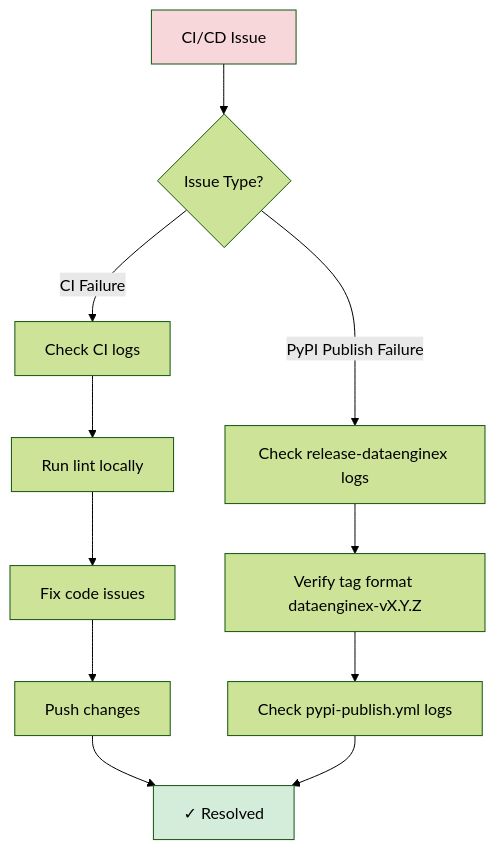
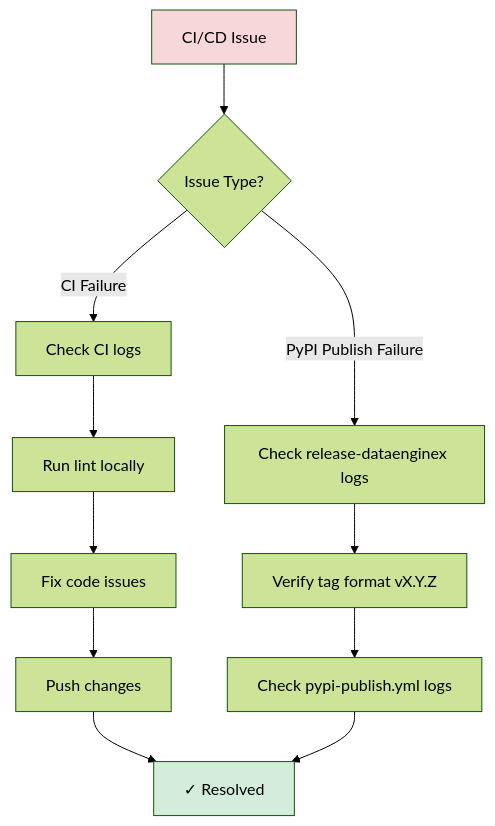
Before and after one commit to TheDataEngineX/.github: the second of 2 diagrams in workflows/WORKFLOWS_GUIDE.md, drawn with Mermaid (forest theme). The commit also changed other lines of this file and 5 other files, not shown here.

````diff
--- a/workflows/WORKFLOWS_GUIDE.md
+++ b/workflows/WORKFLOWS_GUIDE.md
@@ -173,19 +163,19 @@
 ```mermaid
 graph TD
     Issue[CI/CD Issue] --> Type{Issue Type?}
 
     Type -->|CI Failure| CheckCI[Check CI logs]
     CheckCI --> LocalTest["Run lint locally"]
     LocalTest --> FixCode[Fix code issues]
     FixCode --> Push[Push changes]
 
     Type -->|PyPI Publish Failure| CheckRelease["Check release-dataenginex logs"]
-    CheckRelease --> CheckTag[Verify tag format dataenginex-vX.Y.Z]
+    CheckRelease --> CheckTag[Verify tag format vX.Y.Z]
     CheckTag --> CheckPyPI[Check pypi-publish.yml logs]
 
     Push --> End[✓ Resolved]
     CheckPyPI --> End
 
     style Issue fill:#f8d7da
     style End fill:#d4edda
 ```
````
